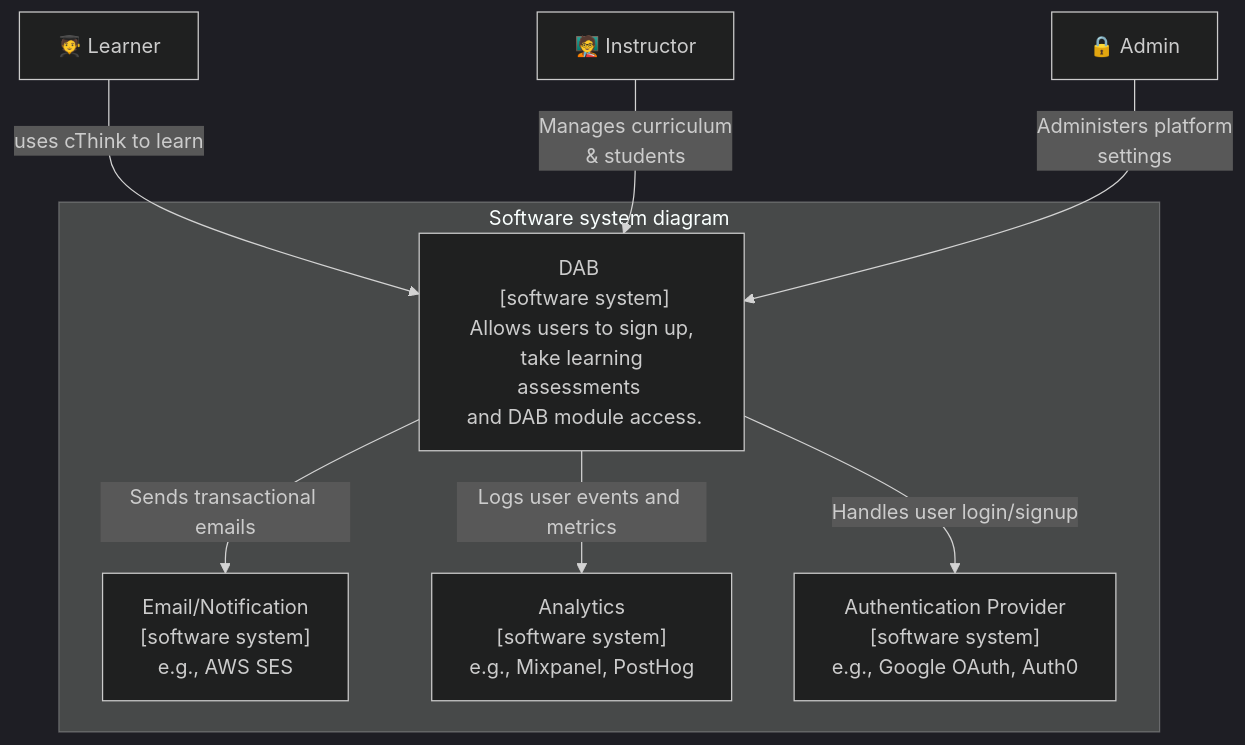
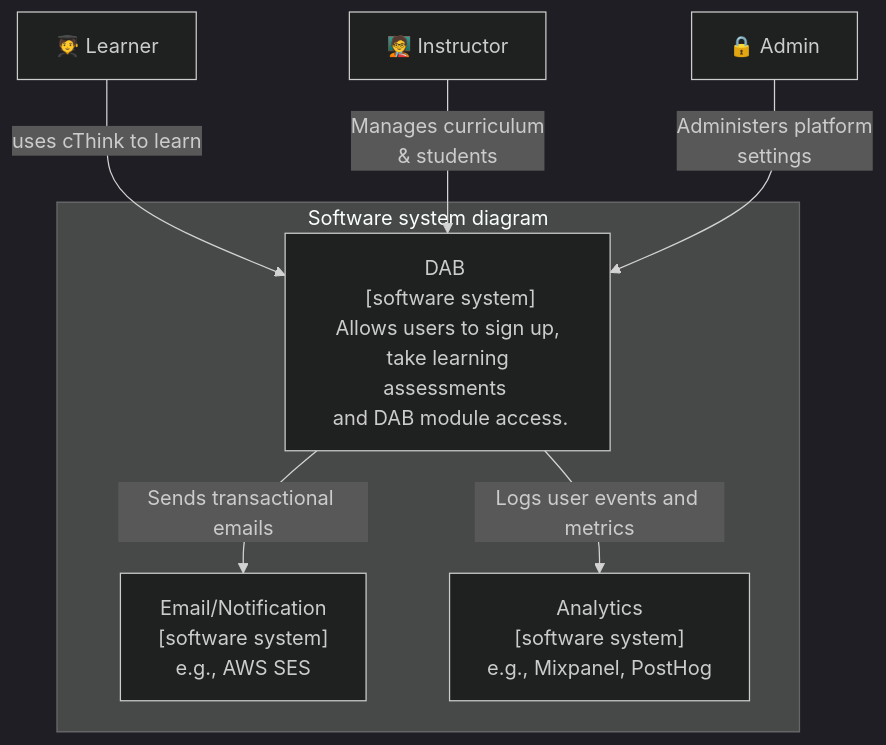
The diagram in docs/architecture.md (heriberto-codes/cThink), drawn with Mermaid (dark theme) before and after one commit. The commit also changed 1 other file, not shown here.

Commit message:
Update Timeline video

````diff
--- a/docs/architecture.md
+++ b/docs/architecture.md
@@ -3,17 +3,15 @@
 ```mermaid
 graph TD
     L[🧑‍🎓 Learner] -->|uses cThink to learn| C[cThink System]
     I[🧑‍🏫 Instructor] -->|Manages curriculum <br> & students| C
     A[🔒 Admin] -->|Administers platform <br> settings| C
 
     C -->|Sends transactional emails| E[📧 Email/Notification System]
     C -->|Logs user events and metrics| AN[📊 Analytics Platform]
-    C -->|Handles user login/signup| AU[🔐 Authentication Provider]
 
     subgraph Software system diagram
         C["DAB <br> [software system]<br> Allows users to sign up, <br> take learning assessments <br> and DAB module access."]
         E["Email/Notification <br> [software system] <br>e.g., AWS SES"]
         AN["Analytics <br> [software system]<br>e.g., Mixpanel, PostHog"]
-        AU["Authentication Provider <br> [software system]<br>e.g., Google OAuth, Auth0"]
     end
 ```
````
